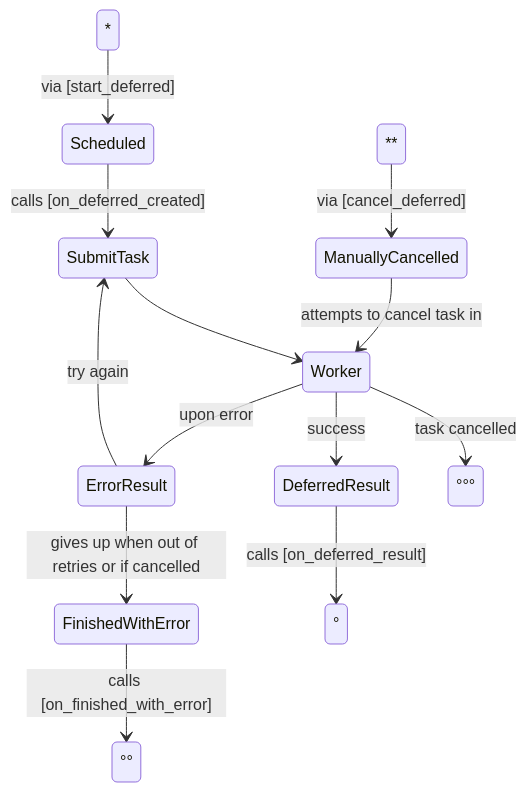
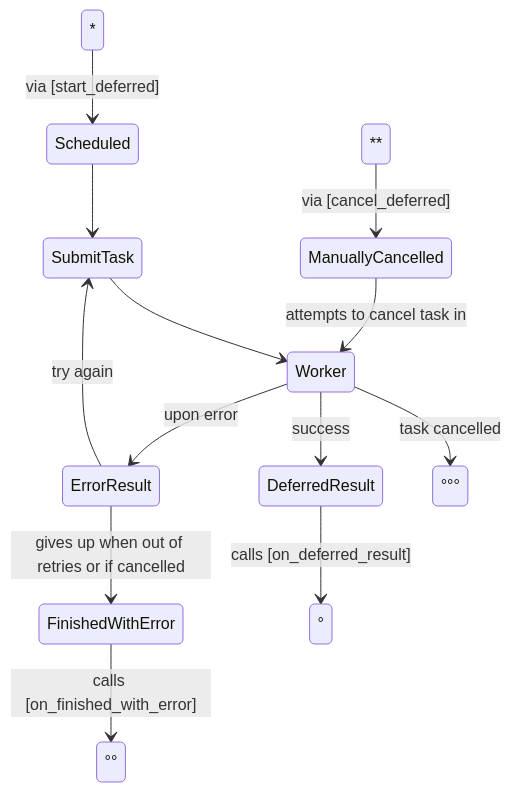
The diagram in packages/service-library/src/servicelib/deferred_tasks/_base_deferred_handler_lifecycle.md (ITISFoundation/osparc-simcore), drawn with Mermaid before and after one commit. The commit also changed other lines of this file, not shown here.

````diff
--- a/packages/service-library/src/servicelib/deferred_tasks/_base_deferred_handler_lifecycle.md
+++ b/packages/service-library/src/servicelib/deferred_tasks/_base_deferred_handler_lifecycle.md
@@ -5,19 +18,19 @@
 ```mermaid
 stateDiagram-v2
     * --> Scheduled: via [start_deferred]
     ** --> ManuallyCancelled: via [cancel_deferred]
 
     ManuallyCancelled --> Worker: attempts to cancel task in
 
-    Scheduled --> SubmitTask: calls [on_deferred_created]
+    Scheduled --> SubmitTask
     SubmitTask --> Worker
 
     ErrorResult --> SubmitTask: try again
     Worker --> ErrorResult: upon error
     ErrorResult --> FinishedWithError: gives up when out of retries or if cancelled
     Worker --> DeferredResult: success
 
     DeferredResult --> °: calls [on_deferred_result]
     FinishedWithError --> °°: calls [on_finished_with_error]
     Worker --> °°°: task cancelled
 ```
````
